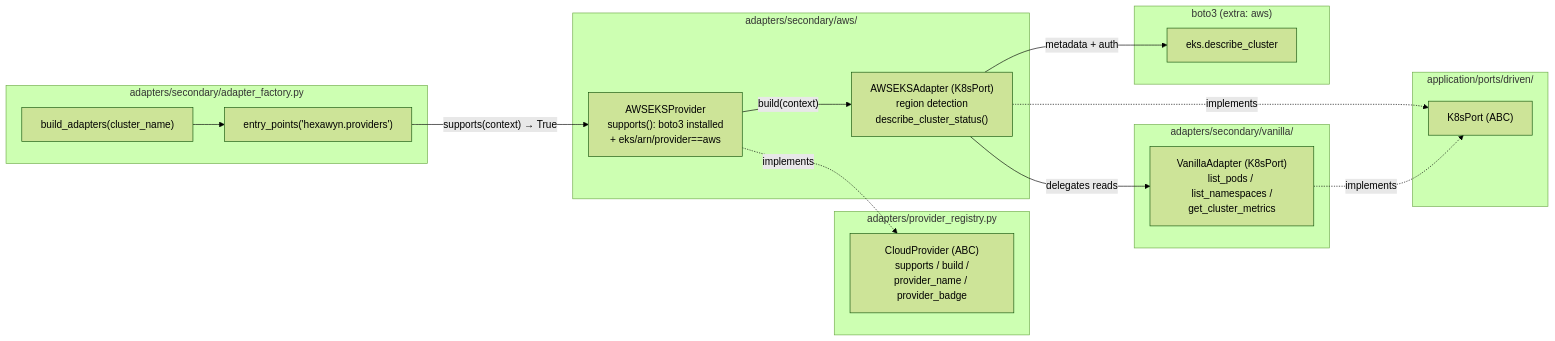
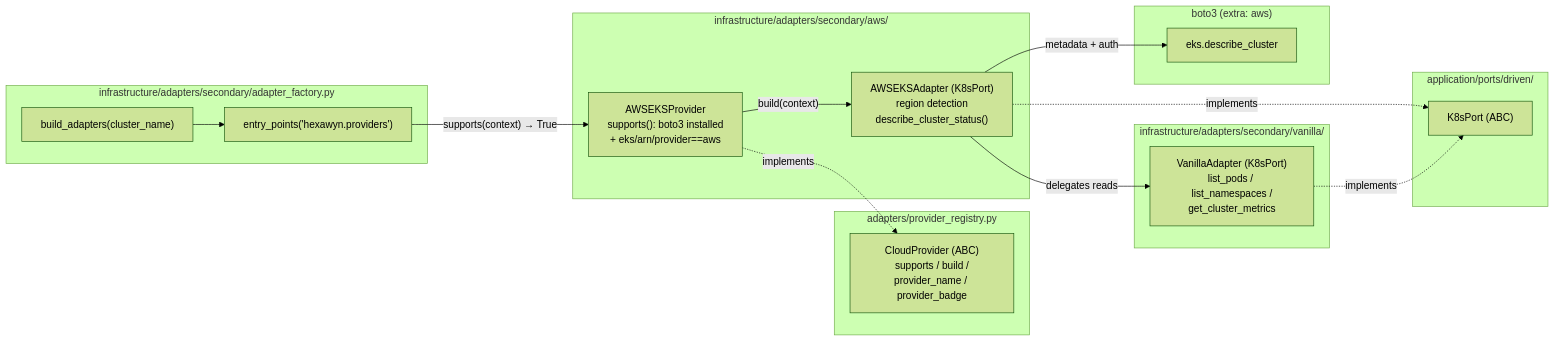
Before and after one commit to hexa-tools/hexawyn: the diagram in docs/architecture/diagrams/components/aws-eks-provider.md, drawn with Mermaid (forest theme). The commit also changed other lines of this file and 7533 other files, not shown here.

````diff
--- a/docs/architecture/diagrams/components/aws-eks-provider.md
+++ b/docs/architecture/diagrams/components/aws-eks-provider.md
@@ -10,37 +10,37 @@
 ```mermaid
 flowchart LR
-    subgraph Factory["adapters/secondary/adapter_factory.py"]
+    subgraph Factory["infrastructure/adapters/secondary/adapter_factory.py"]
         BA["build_adapters(cluster_name)"]
         EP["entry_points('hexawyn.providers')"]
         BA --> EP
     end
 
     subgraph Registry["adapters/provider_registry.py"]
         CP["CloudProvider (ABC)<br/>supports / build /<br/>provider_name / provider_badge"]
     end
 
-    subgraph AWS["adapters/secondary/aws/"]
+    subgraph AWS["infrastructure/adapters/secondary/aws/"]
         PROV["AWSEKSProvider<br/>supports(): boto3 installed<br/>+ eks/arn/provider==aws"]
         ADAPTER["AWSEKSAdapter (K8sPort)<br/>region detection<br/>describe_cluster_status()"]
     end
 
-    subgraph Vanilla["adapters/secondary/vanilla/"]
+    subgraph Vanilla["infrastructure/adapters/secondary/vanilla/"]
         VAN["VanillaAdapter (K8sPort)<br/>list_pods / list_namespaces /<br/>get_cluster_metrics"]
     end
 
     subgraph Port["application/ports/driven/"]
         K8S["K8sPort (ABC)"]
     end
 
     subgraph Boto["boto3 (extra: aws)"]
         EKS["eks.describe_cluster"]
     end
 
     EP -->|"supports(context) → True"| PROV
     PROV -->|"build(context)"| ADAPTER
     PROV -.implements.-> CP
     ADAPTER -.implements.-> K8S
     ADAPTER -->|"delegates reads"| VAN
     ADAPTER -->|"metadata + auth"| EKS
     VAN -.implements.-> K8S
 ```
````
